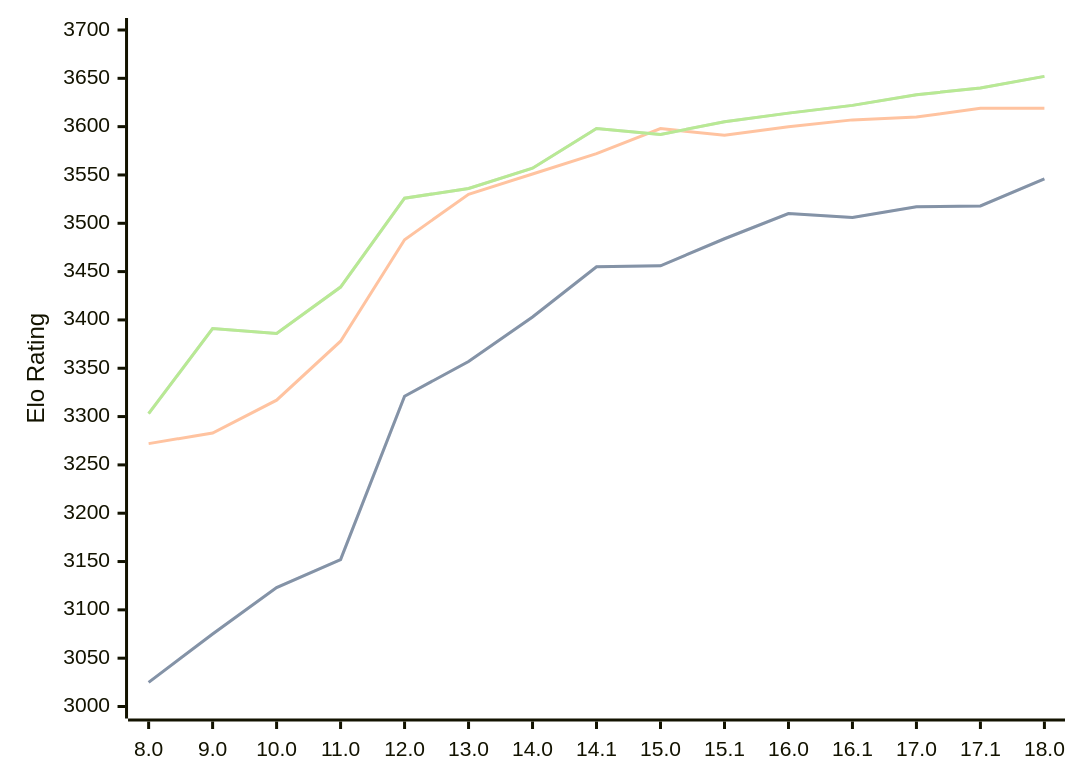
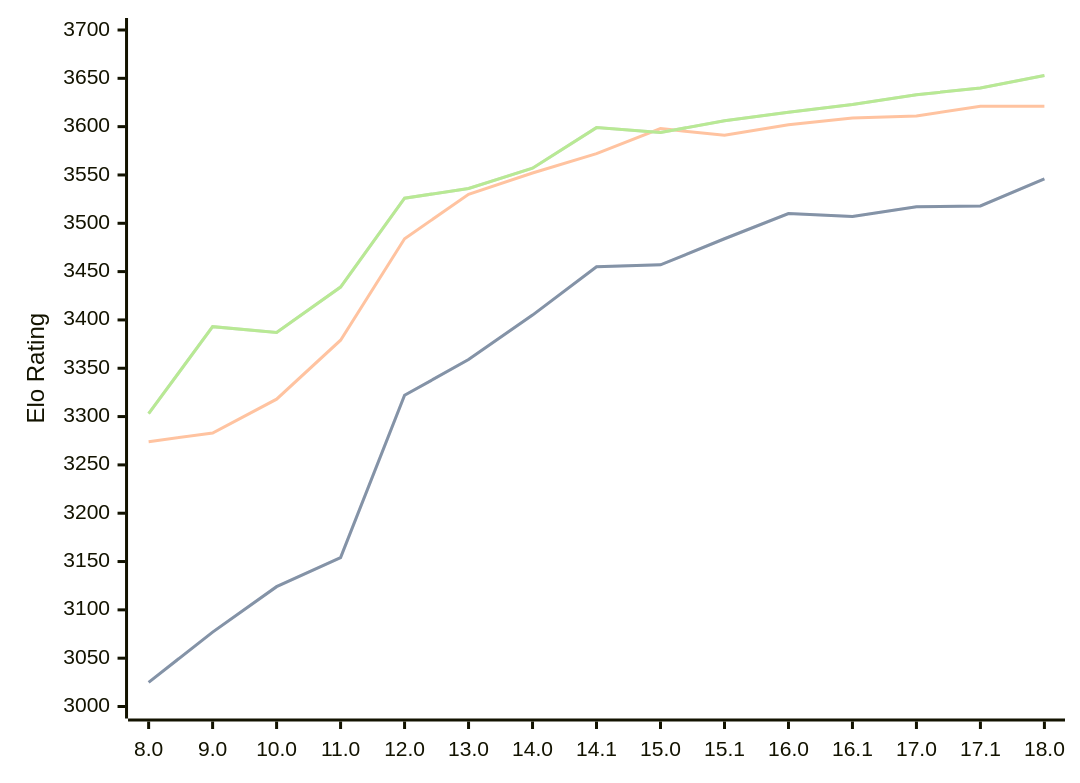
One commit to computer-chess-index/cci changed the diagram in engines/Stockfish.md. Above: the diagram before and after it, drawn with Mermaid. The commit also changed other lines of this file, not shown here.

Commit message:
Update CCI Ratings (ELO VLTC) - 2026-04-27

````diff
--- a/engines/Stockfish.md
+++ b/engines/Stockfish.md
@@ -46,11 +46,11 @@
 ```mermaid
 %%{init: {"theme":"base","themeVariables":{"seriesColors:['#a3a3a3','#222221','#faa371']}}}%%
 xychart-beta
   x-axis ["8.0", "9.0", "10.0", "11.0", "12.0", "13.0", "14.0", "14.1", "15.0", "15.1", "16.0", "16.1", "17.0", "17.1", "18.0"]
   y-axis "Elo Rating" 3000 --> 3700
-  line "STC (8.0+0.08s)" [3025, 3075, 3123, 3152, 3321, 3357, 3403, 3455, 3456, 3484, 3510, 3506, 3517, 3518, 3546]
-  line "STC (8.0+0.08s)" [3025, 3075, 3123, 3152, 3321, 3357, 3403, 3455, 3456, 3484, 3510, 3506, 3517, 3518, 3546]
-  line "LTC (60.0+0.60s)" [3272, 3283, 3317, 3378, 3483, 3530, 3551, 3572, 3598, 3591, 3600, 3607, 3610, 3619, 3619]
-  line "VLTC (2m24s+1.12s)" [3303, 3391, 3386, 3434, 3526, 3536, 3557, 3598, 3592, 3605, 3614, 3622, 3633, 3640, 3652]
-  line "VLTC (2m24s+1.12s)" [3303, 3391, 3386, 3434, 3526, 3536, 3557, 3598, 3592, 3605, 3614, 3622, 3633, 3640, 3652]
+  line "STC (8.0+0.08s)" [3025, 3077, 3124, 3154, 3322, 3359, 3405, 3455, 3457, 3484, 3510, 3507, 3517, 3518, 3546]
+  line "STC (8.0+0.08s)" [3025, 3077, 3124, 3154, 3322, 3359, 3405, 3455, 3457, 3484, 3510, 3507, 3517, 3518, 3546]
+  line "LTC (60.0+0.60s)" [3274, 3283, 3318, 3379, 3484, 3530, 3552, 3572, 3598, 3591, 3602, 3609, 3611, 3621, 3621]
+  line "VLTC (2m24s+1.12s)" [3303, 3393, 3387, 3434, 3526, 3536, 3557, 3599, 3594, 3606, 3615, 3623, 3633, 3640, 3653]
+  line "VLTC (2m24s+1.12s)" [3303, 3393, 3387, 3434, 3526, 3536, 3557, 3599, 3594, 3606, 3615, 3623, 3633, 3640, 3653]
 ```
````
